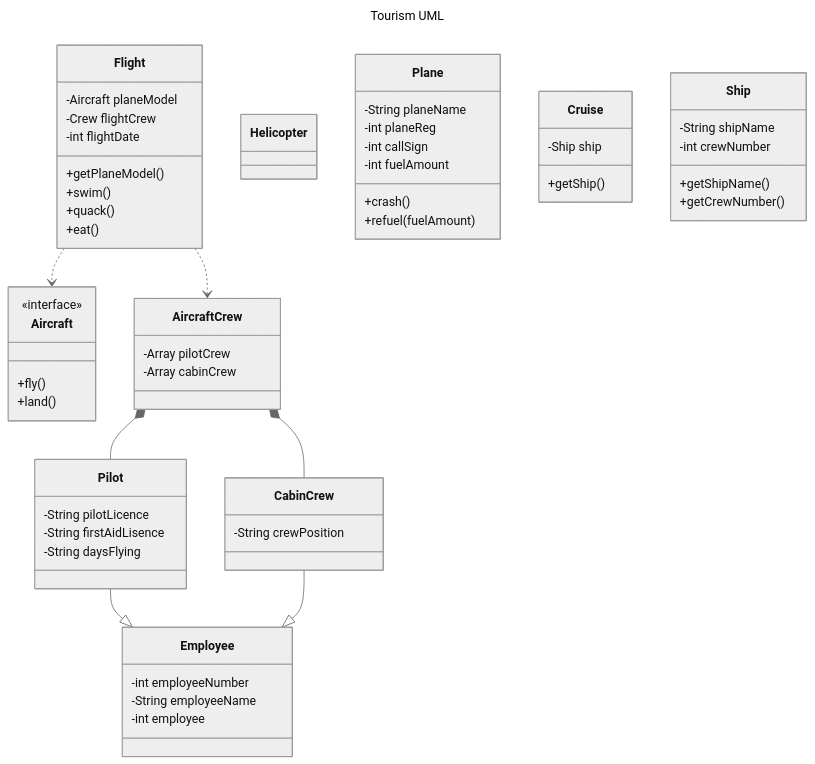
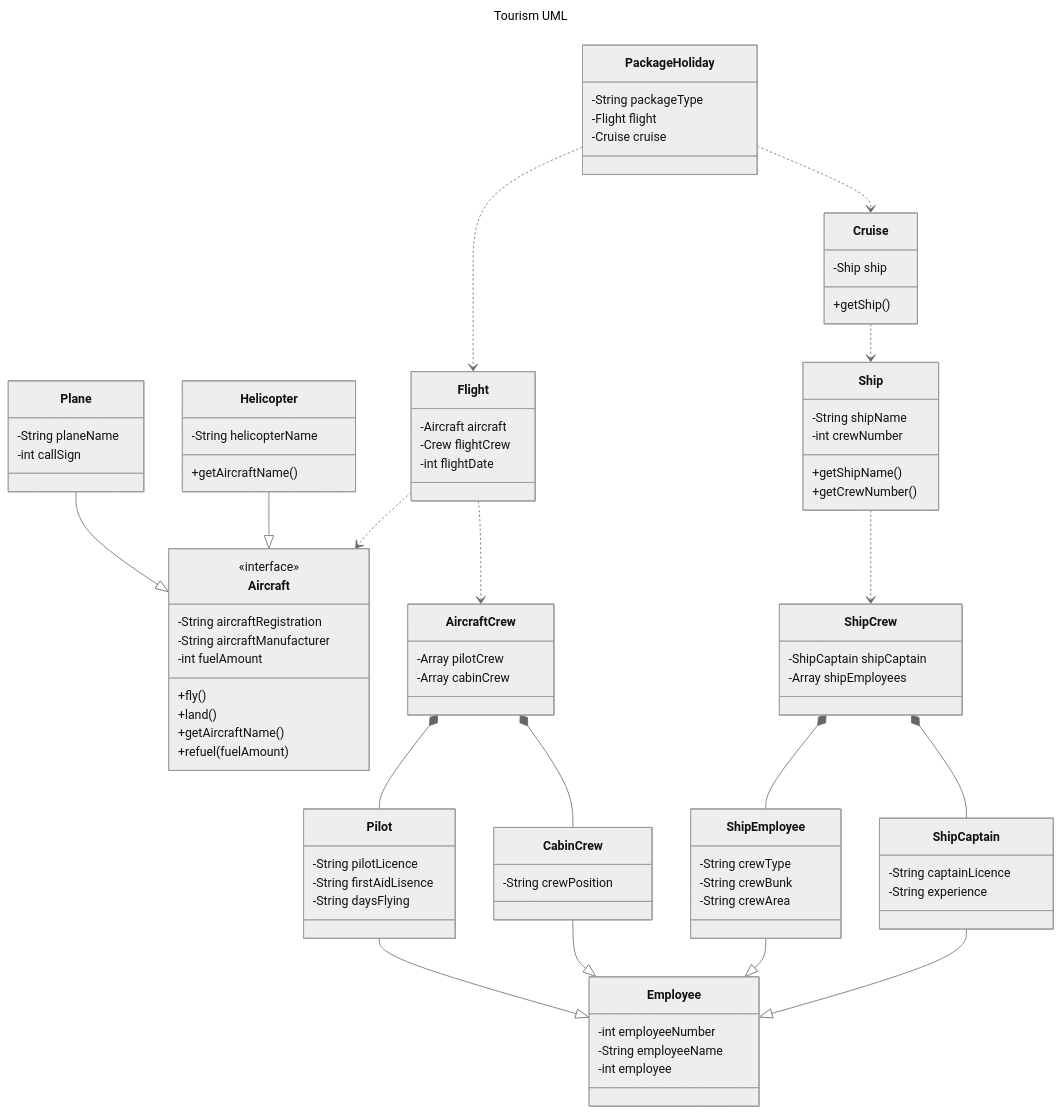
Before and after one commit to Sherman5A/usw-pop-coursework-2: the diagram in report/class-digrams/uml-tourism.mmd, drawn with Mermaid (neutral theme). The commit also changed 2 other files, not shown here.

Commit message:
Add cruise classes to UML

```diff
--- a/report/class-digrams/uml-tourism.mmd
+++ b/report/class-digrams/uml-tourism.mmd
@@ -1,65 +1,90 @@
 ---
 title: Tourism UML
 ---
 
 classDiagram
+  PackageHoliday ..> Flight
+  PackageHoliday ..> Cruise
+  Plane --|> Aircraft
+  Helicopter --|> Aircraft
   Flight ..> Aircraft 
   Flight ..> AircraftCrew 
+  Cruise ..> Ship
+  Ship ..> ShipCrew
   AircraftCrew *-- Pilot
   AircraftCrew *-- CabinCrew
+  ShipCrew *-- ShipCaptain
+  ShipCrew *-- ShipEmployee
   Pilot --|> Employee
   CabinCrew --|> Employee
+  ShipEmployee --|> Employee
+  ShipCaptain --|> Employee
 
+  class PackageHoliday{
+    -String packageType
+    -Flight flight
+    -Cruise cruise
+  }
   class Flight{
-    -Aircraft planeModel
+    -Aircraft aircraft
     -Crew flightCrew
     -int flightDate
-    +getPlaneModel()
-    +swim()
-    +quack()
-    +eat()
   }
   class Aircraft{
     <<interface>>
+    -String aircraftRegistration
+    -String aircraftManufacturer
+    -int fuelAmount
     +fly()
     +land()
+    +getAircraftName()
+    +refuel(fuelAmount)
   }
-  class Helicopter
+  class Helicopter{
+    -String helicopterName
+    +getAircraftName()
+  }
   class Plane{
     -String planeName
-    -int planeReg
     -int callSign
-    -int fuelAmount
-    +crash()
-    +refuel(fuelAmount)
-
-  }
-  class AircraftCrew{
-    -Array pilotCrew
-    -Array cabinCrew 
-
-  }
-  class Employee{
-    -int employeeNumber
-    -String employeeName
-    -int employee
-
-  }
-  class Pilot{
-    -String pilotLicence 
-    -String firstAidLisence
-    -String daysFlying
-  }
-  class CabinCrew{
-    -String crewPosition
   }
   class Cruise{
     -Ship ship
     +getShip()
   }
   class Ship{
     -String shipName
     -int crewNumber
     +getShipName()
     +getCrewNumber()
   }
+  class Employee{
+    -int employeeNumber
+    -String employeeName
+    -int employee
+  }
+  class AircraftCrew{
+    -Array pilotCrew
+    -Array cabinCrew 
+  }
+  class ShipCrew{
+    -ShipCaptain shipCaptain
+    -Array shipEmployees
+  }
+  class CabinCrew{
+    -String crewPosition
+  }
+  class Pilot{
+    -String pilotLicence 
+    -String firstAidLisence
+    -String daysFlying
+  }
+  class ShipEmployee{
+    -String crewType
+    -String crewBunk
+    -String crewArea
+  }
+  class ShipCaptain{
+    -String captainLicence
+    -String experience
+  }
```
